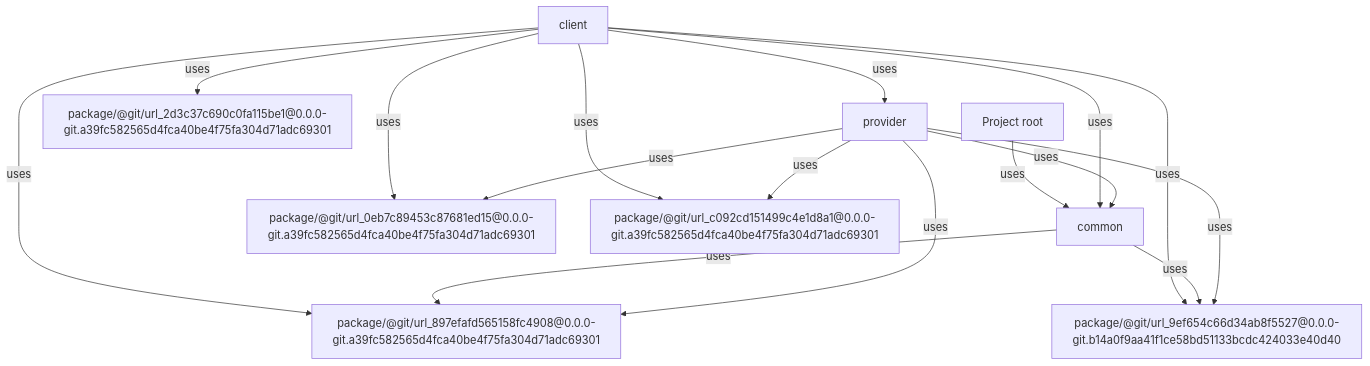
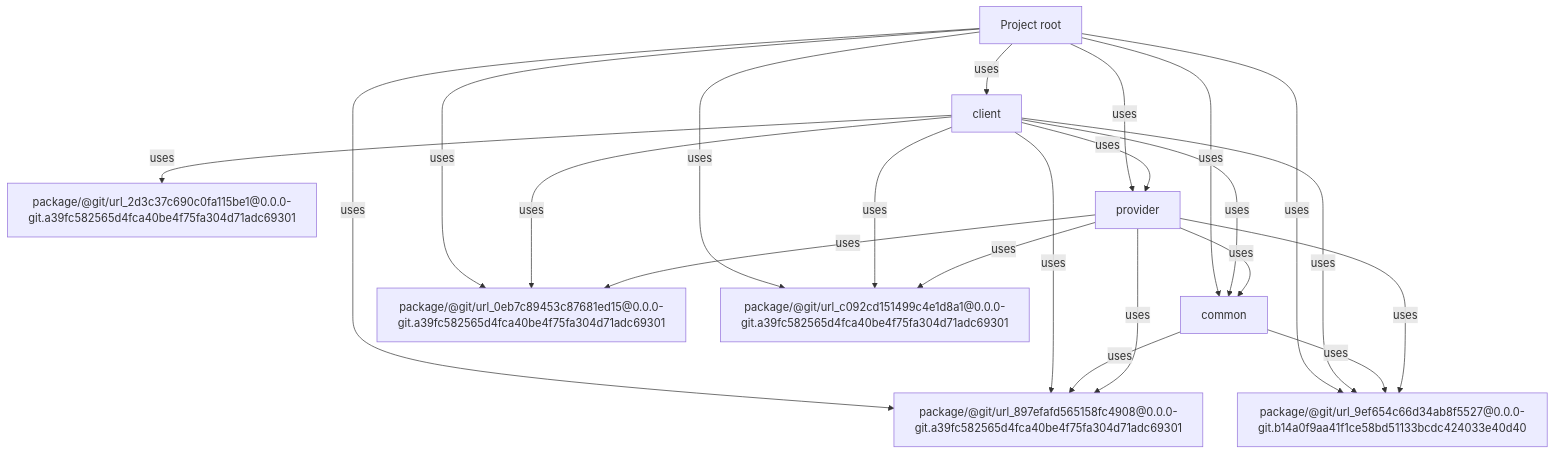
One commit to GreenPandaStudios/augscript changed the first of 5 diagrams in docs/examples/oidc-login/diagrams/index.md. Above: the diagram before and after it, drawn with Mermaid. The commit also changed other lines of this file and 289 other files, not shown here.

Commit message:
Correct diagram control flow and complete generated wiki navigation

````diff
--- a/docs/examples/oidc-login/diagrams/index.md
+++ b/docs/examples/oidc-login/diagrams/index.md
@@ -21,27 +21,33 @@
 ```mermaid
 flowchart TD
     n0["Project root"]
     n1["client"]
     n2["common"]
     n3["package/@git/url_0eb7c89453c87681ed15@0.0.0-git.a39fc582565d4fca40be4f75fa304d71adc69301"]
     n4["package/@git/url_2d3c37c690c0fa115be1@0.0.0-git.a39fc582565d4fca40be4f75fa304d71adc69301"]
     n5["package/@git/url_897efafd565158fc4908@0.0.0-git.a39fc582565d4fca40be4f75fa304d71adc69301"]
     n6["package/@git/url_9ef654c66d34ab8f5527@0.0.0-git.b14a0f9aa41f1ce58bd51133bcdc424033e40d40"]
     n7["package/@git/url_c092cd151499c4e1d8a1@0.0.0-git.a39fc582565d4fca40be4f75fa304d71adc69301"]
     n8["provider"]
+    n0 -->|"uses"| n1
     n0 -->|"uses"| n2
+    n0 -->|"uses"| n3
+    n0 -->|"uses"| n5
+    n0 -->|"uses"| n6
+    n0 -->|"uses"| n7
+    n0 -->|"uses"| n8
     n1 -->|"uses"| n2
     n1 -->|"uses"| n3
     n1 -->|"uses"| n4
     n1 -->|"uses"| n5
     n1 -->|"uses"| n6
     n1 -->|"uses"| n7
     n1 -->|"uses"| n8
     n2 -->|"uses"| n5
     n2 -->|"uses"| n6
     n8 -->|"uses"| n2
     n8 -->|"uses"| n3
     n8 -->|"uses"| n5
     n8 -->|"uses"| n6
     n8 -->|"uses"| n7
 ```
````
